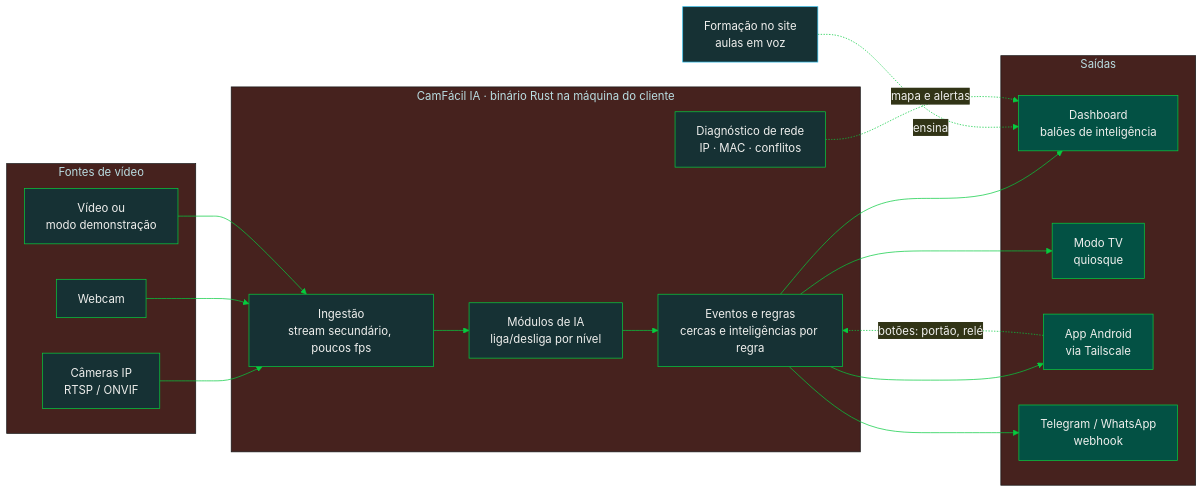
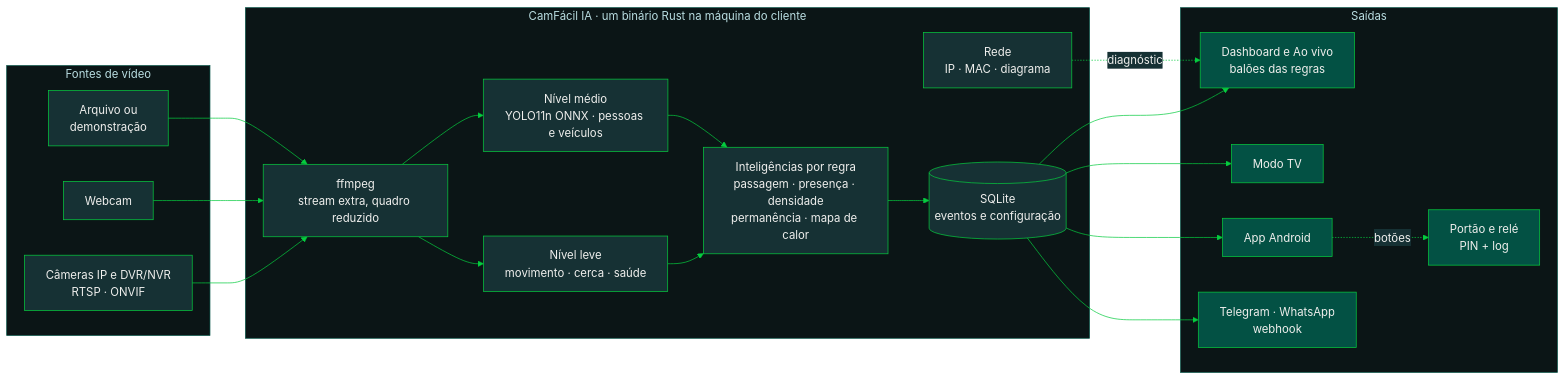
One commit to emersoncassis/CamFacil-IA changed the first of 3 diagrams in README.md. Above: the diagram before and after it, drawn with Mermaid. The commit also changed other lines of this file and 4 other files, not shown here.

First line of the commit message:
docs(readme): README mais enxuto, diagramas novos e mapa do código

````diff
--- a/README.md
+++ b/README.md
@@ -70,31 +70,30 @@
 ```mermaid
-%%{init: {"theme":"base","themeVariables":{"primaryColor":"#163134","primaryTextColor":"#EFEFED","primaryBorderColor":"#06CB3F","lineColor":"#06CB3F","fontFamily":"system-ui"}}}%%
+%%{init: {"theme":"base","themeVariables":{"primaryColor":"#163134","primaryTextColor":"#EFEFED","primaryBorderColor":"#06CB3F","lineColor":"#06CB3F","fontFamily":"system-ui","clusterBkg":"#0B1516","clusterBorder":"#035144","edgeLabelBackground":"#163134"}}}%%
 flowchart LR
   subgraph F[Fontes de vídeo]
-    C1[Câmeras IP<br/>RTSP / ONVIF]
+    C1[Câmeras IP e DVR/NVR<br/>RTSP · ONVIF]
     C2[Webcam]
-    C3[Vídeo ou<br/>modo demonstração]
+    C3[Arquivo ou<br/>demonstração]
   end
-  subgraph N[CamFácil IA · binário Rust na máquina do cliente]
-    I[Ingestão<br/>stream secundário, poucos fps]
-    M[Módulos de IA<br/>liga/desliga por nível]
-    E[Eventos e regras<br/>cercas e inteligências por regra]
-    D[Diagnóstico de rede<br/>IP · MAC · conflitos]
+  subgraph N[CamFácil IA · um binário Rust na máquina do cliente]
+    I[ffmpeg<br/>stream extra, quadro reduzido]
+    L[Nível leve<br/>movimento · cerca · saúde]
+    Y[Nível médio<br/>YOLO11n ONNX · pessoas e veículos]
+    R[Inteligências por regra<br/>passagem · presença · densidade<br/>permanência · mapa de calor]
+    B[(SQLite<br/>eventos e configuração)]
+    D[Rede<br/>IP · MAC · diagrama]
   end
-  G[Formação no site<br/>aulas em voz]
   subgraph S[Saídas]
-    W[Dashboard<br/>balões de inteligência]
-    T[Modo TV<br/>quiosque]
-    A[App Android<br/>via Tailscale]
-    Z[Telegram / WhatsApp<br/>webhook]
+    W[Dashboard e Ao vivo<br/>balões das regras]
+    T[Modo TV]
+    A[App Android]
+    Z[Telegram · WhatsApp<br/>webhook]
+    P[Portão e relé<br/>PIN + log]
   end
-  C1 & C2 & C3 --> I --> M --> E
-  E --> W & T & A & Z
-  G -.ensina.-> W
-  D -.mapa e alertas.-> W
-  A -.botões: portão, relé.-> E
+  C1 & C2 & C3 --> I --> L & Y --> R --> B
+  B --> W & T & A & Z
+  D -.diagnóstico.-> W
+  A -.botões.-> P
   classDef saida fill:#035144,stroke:#06CB3F,color:#EFEFED
-  classDef guia fill:#163134,stroke:#31BFEB,color:#EFEFED
-  class W,T,A,Z saida
-  class G guia
+  class W,T,A,Z,P saida
 ```
````
